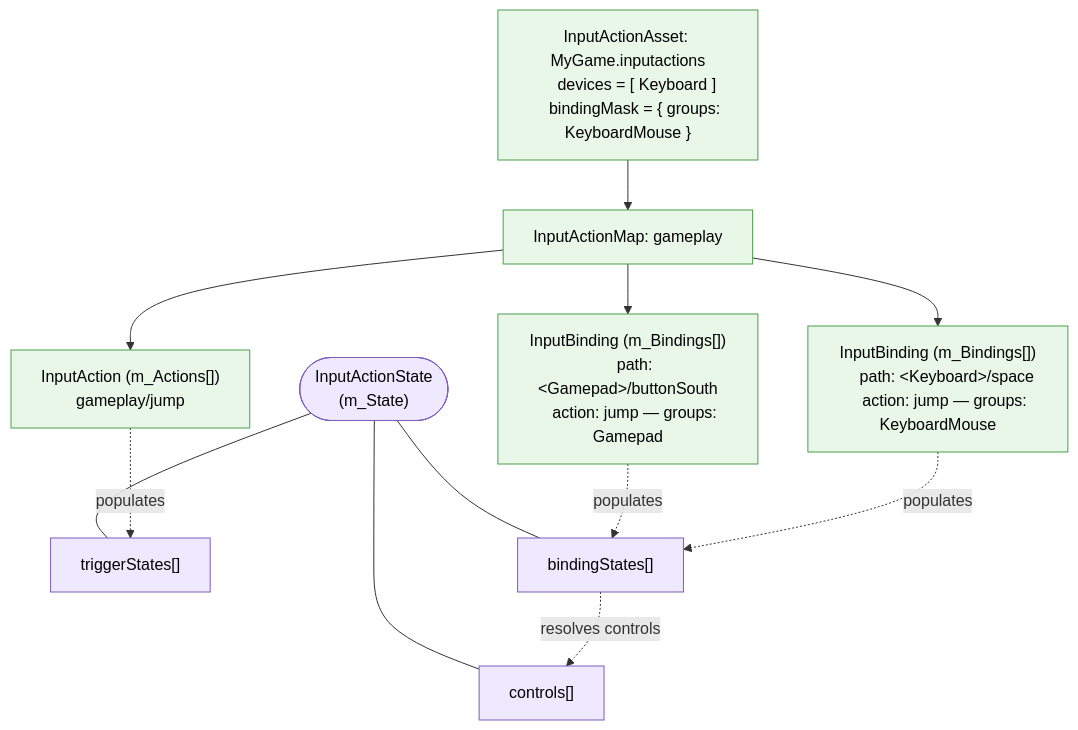
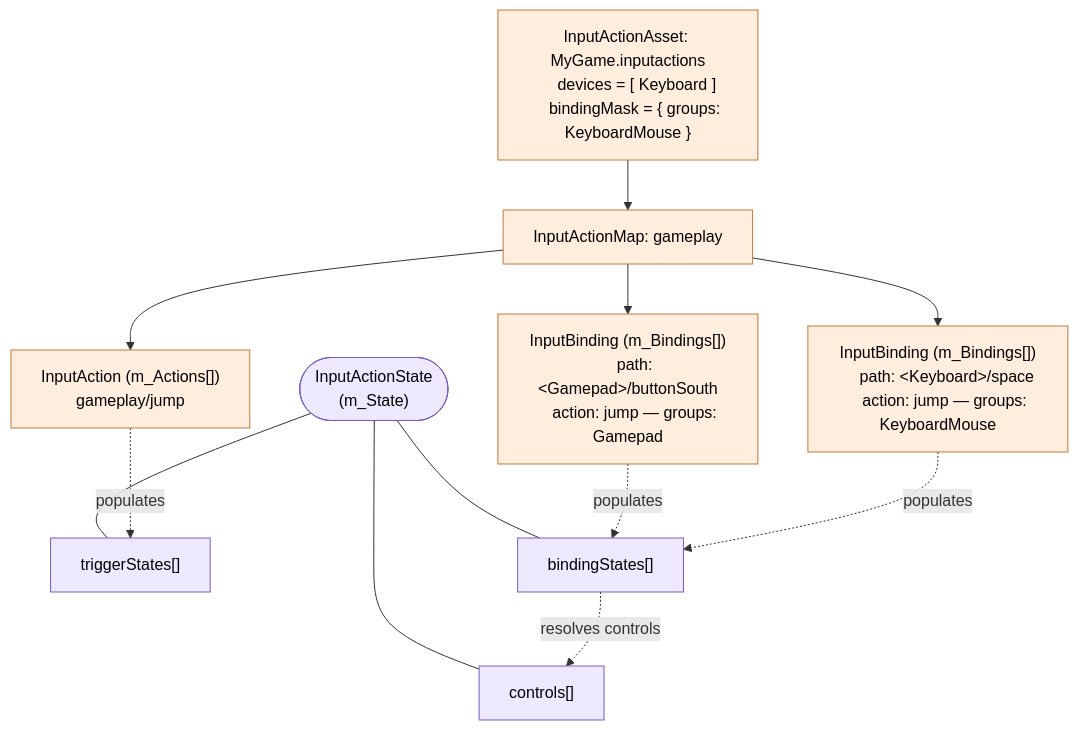
One commit to Unity-Technologies/InputSystem changed the fifth of 5 diagrams in Packages/com.unity.inputsystem/Documentation~/Architecture.md. Above: the diagram before and after it, drawn with Mermaid. The commit also changed other lines of this file, not shown here.

````diff
--- a/Packages/com.unity.inputsystem/Documentation~/Architecture.md
+++ b/Packages/com.unity.inputsystem/Documentation~/Architecture.md
@@ -231,32 +264,32 @@
 ```mermaid
 flowchart TB
     %% ---------- Asset hierarchy ----------
     Asset["InputActionAsset: MyGame.inputactions
     devices = [ Keyboard ]
     bindingMask = { groups: KeyboardMouse }"]
     Map["InputActionMap: gameplay"]
     Act["InputAction (m_Actions[])
     gameplay/jump"]
     Bind_a["InputBinding (m_Bindings[])
     path: &lt;Keyboard&gt;/space
     action: jump — groups: KeyboardMouse"]
     Bind_b["InputBinding (m_Bindings[])
     path: &lt;Gamepad&gt;/buttonSouth
     action: jump — groups: Gamepad"]
     Asset --> Map
     Map --> Act
     Map --> Bind_a & Bind_b
 
     %% ---------- Populates the runtime action state ----------
     Act -.->|populates| trig["triggerStates[]"]
     Bind_a -.->|populates| bind["bindingStates[]"]
     Bind_b -.->|populates| bind
     bind -.->|resolves controls| ctrl["controls[]"]
     State(["InputActionState
     (m_State)"]) --- trig & bind & ctrl
 
-    classDef asset fill:#e8f7e8,stroke:#4aa04a,color:#000;
+    classDef asset fill:#ffeede,stroke:#c07a3a,color:#000;
     classDef astate fill:#efe9ff,stroke:#7a5ec0,color:#000;
     class Asset,Map,Act,Bind_a,Bind_b asset;
     class trig,bind,ctrl,State astate;
 ```
````
